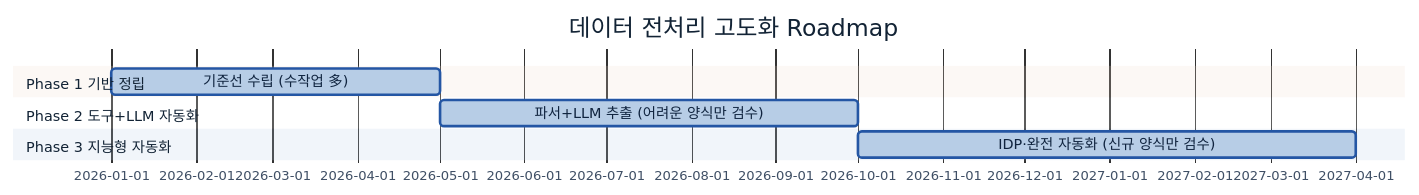
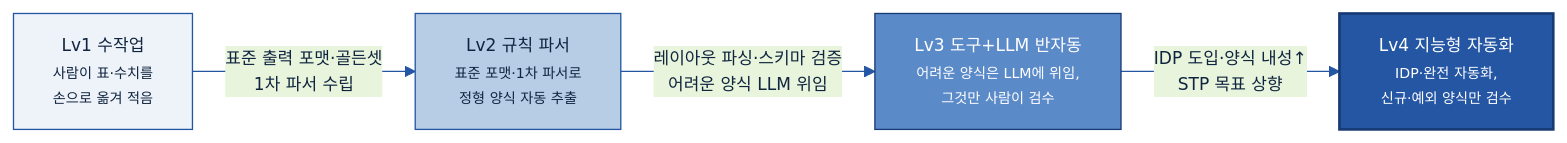
The ninth of 9 diagrams in 가이드 작성/B-1 데이터 전처리/B-1 데이터 전처리.md (jin-kearney/ai-ready-data-manual), drawn with Mermaid before and after one commit. The commit also changed other lines of this file and 3 other files, not shown here.

````diff
--- a/가이드 작성/B-1 데이터 전처리/B-1 데이터 전처리.md
+++ b/가이드 작성/B-1 데이터 전처리/B-1 데이터 전처리.md
@@ -767,12 +767,15 @@
 ```mermaid
-%%{init: {'theme':'base','themeVariables':{'primaryColor':'#B7CDE6','primaryBorderColor':'#2456A4','primaryTextColor':'#10243f','lineColor':'#2456A4','fontSize':'13px'}}}%%
-gantt
-    title 데이터 전처리 고도화 Roadmap
-    dateFormat YYYY-MM
-    section Phase 1 기반 정립
-    기준선 수립 (수작업 多) :p1, 2026-01, 4M
-    section Phase 2 도구+LLM 자동화
-    파서+LLM 추출 (어려운 양식만 검수) :p2, after p1, 5M
-    section Phase 3 지능형 자동화
-    IDP·완전 자동화 (신규 양식만 검수) :p3, after p2, 6M
+%%{init: {'theme':'base','themeVariables':{'primaryColor':'#DCE8F5','primaryBorderColor':'#2456A4','primaryTextColor':'#10243f','lineColor':'#2456A4','fontSize':'13px'}}}%%
+flowchart LR
+    L1["Lv1 수작업<br/><small>사람이 표·수치를<br/>손으로 옮겨 적음</small>"]:::l1
+    L2["Lv2 규칙 파서<br/><small>표준 포맷·1차 파서로<br/>정형 양식 자동 추출</small>"]:::l2
+    L3["Lv3 도구+LLM 반자동<br/><small>어려운 양식은 LLM에 위임,<br/>그것만 사람이 검수</small>"]:::l3
+    L4["Lv4 지능형 자동화<br/><small>IDP·완전 자동화,<br/>신규·예외 양식만 검수</small>"]:::l4
+    L1 -->|"표준 출력 포맷·골든셋<br/>1차 파서 수립"| L2
+    L2 -->|"레이아웃 파싱·스키마 검증<br/>어려운 양식 LLM 위임"| L3
+    L3 -->|"IDP 도입·양식 내성↑<br/>STP 목표 상향"| L4
+    classDef l1 fill:#EEF3FA,stroke:#2456A4,color:#10243f;
+    classDef l2 fill:#B7CDE6,stroke:#2456A4,color:#10243f;
+    classDef l3 fill:#5B8AC9,stroke:#163a73,color:#fff;
+    classDef l4 fill:#2456A4,stroke:#163a73,color:#fff,stroke-width:2px;
 ```
````
